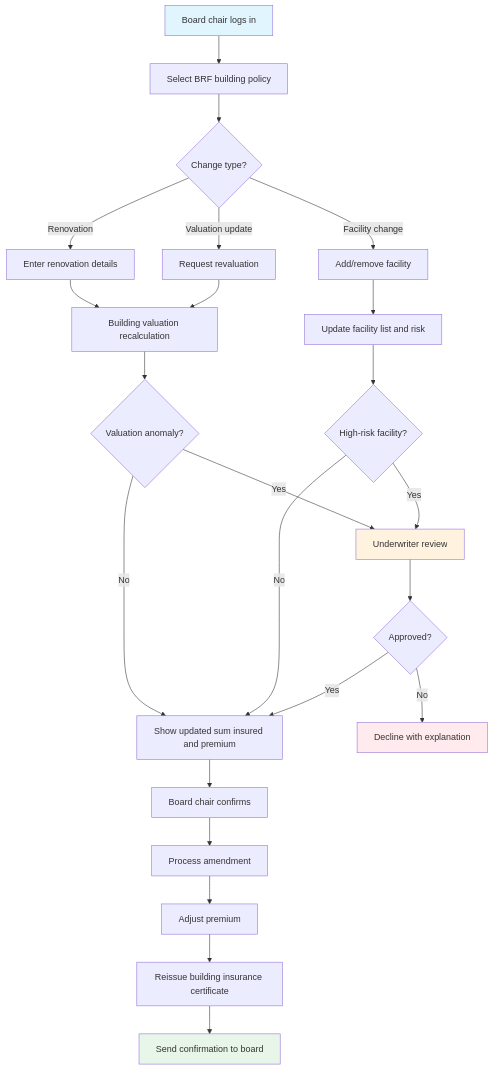
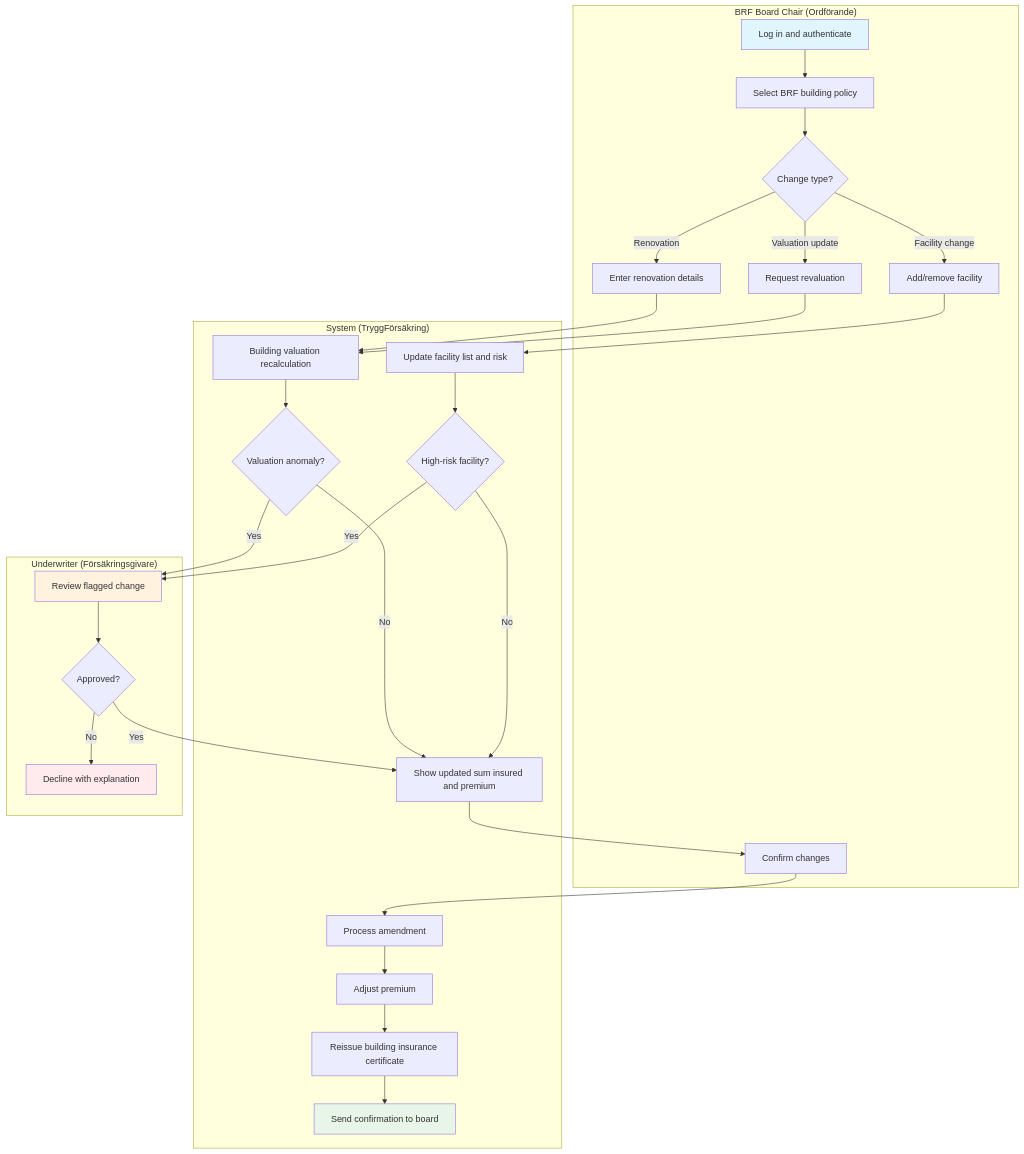
One commit to Agentic-software-factory/insurance-platform-requirements changed the third of 6 diagrams in docs/phase-2-home-property/use-cases/policy-administration.md. Above: the diagram before and after it, drawn with Mermaid. The commit also changed other lines of this file and 9 other files, not shown here.

First line of the commit message:
docs(#122): Upgrade flowcharts to swimlane format for Phase 2 Home & Property use cases (#132)

````diff
--- a/docs/phase-2-home-property/use-cases/policy-administration.md
+++ b/docs/phase-2-home-property/use-cases/policy-administration.md
@@ -343,35 +381,63 @@
 ```mermaid
 flowchart TD
-    A[Board chair logs in] --> B[Select BRF building policy]
-    B --> C{Change type?}
-    C -->|Renovation| D[Enter renovation details]
-    C -->|Facility change| E[Add/remove facility]
-    C -->|Valuation update| F[Request revaluation]
+    subgraph BRFBoard ["BRF Board Chair (Ordförande)"]
+        A[Log in and authenticate]
+        B[Select BRF building policy]
+        C{Change type?}
+        D[Enter renovation details]
+        E[Add/remove facility]
+        F[Request revaluation]
+        O[Confirm changes]
+    end
 
-    D --> G[Building valuation recalculation]
-    E --> H[Update facility list and risk]
+    subgraph System ["System (TryggFörsäkring)"]
+        G[Building valuation recalculation]
+        H[Update facility list and risk]
+        I{Valuation anomaly?}
+        K[Show updated sum insured and premium]
+        L{High-risk facility?}
+        P[Process amendment]
+        Q[Adjust premium]
+        R[Reissue building insurance certificate]
+        S[Send confirmation to board]
+    end
+
+    subgraph Underwriter ["Underwriter (Försäkringsgivare)"]
+        J[Review flagged change]
+        M{Approved?}
+        N[Decline with explanation]
+    end
+
+    A --> B
+    B --> C
+    C -->|Renovation| D
+    C -->|Facility change| E
+    C -->|Valuation update| F
+
+    D --> G
+    E --> H
     F --> G
 
-    G --> I{Valuation anomaly?}
-    I -->|Yes| J[Underwriter review]
-    I -->|No| K[Show updated sum insured and premium]
+    G --> I
+    I -->|Yes| J
+    I -->|No| K
 
-    H --> L{High-risk facility?}
+    H --> L
     L -->|Yes| J
     L -->|No| K
 
-    J --> M{Approved?}
-    M -->|No| N[Decline with explanation]
+    J --> M
+    M -->|No| N
     M -->|Yes| K
 
-    K --> O[Board chair confirms]
-    O --> P[Process amendment]
-    P --> Q[Adjust premium]
-    Q --> R[Reissue building insurance certificate]
-    R --> S[Send confirmation to board]
+    K --> O
+    O --> P
+    P --> Q
+    Q --> R
+    R --> S
 
     style A fill:#e1f5fe
     style S fill:#e8f5e9
     style J fill:#fff3e0
     style N fill:#ffebee
 ```
````
